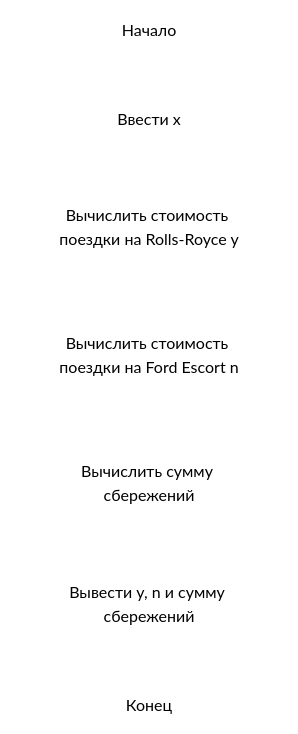
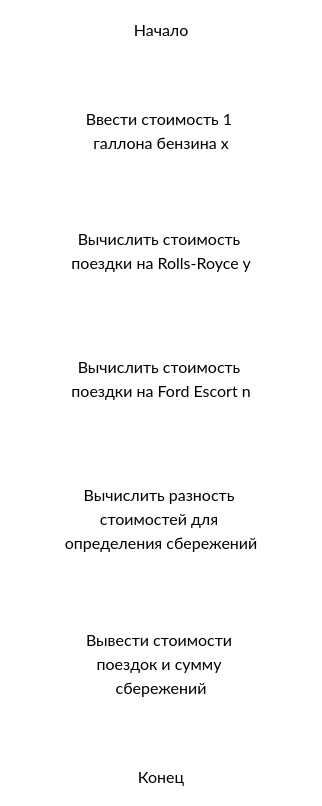
Before and after one commit to Annarioos/Lab2: the diagram in README.md, drawn with Mermaid. The commit also changed other lines of this file, not shown here.

````diff
--- a/README.md
+++ b/README.md
@@ -7,22 +7,22 @@
 ```mermaid
 graph TD
-    %% Шаги алгоритма в виде чистых текстовых действий
-    Start([Начало]) --> Input[/Ввести x/]
+    %% Шаги последовательного алгоритма решения задачи
+    Start([Начало]) --> Input[/Ввести стоимость 1 галлона бензина x/]
     Input --> CalcRR[Вычислить стоимость поездки на Rolls-Royce y]
     CalcRR --> CalcFE[Вычислить стоимость поездки на Ford Escort n]
-    CalcFE --> CalcDiff[Вычислить сумму сбережений]
-    CalcDiff --> Output[/Вывести y, n и сумму сбережений/]
+    CalcFE --> CalcDiff[Вычислить разность стоимостей для определения сбережений]
+    CalcDiff --> Output[/Вывести стоимости поездок и сумму сбережений/]
     Output --> End([Конец])
 
-    %% Стилизация под темную тему GitHub (светлые блоки с черным текстом)
+    %% Стилизация блоков (светлые блоки с черным текстом для темной темы GitHub)
     style Start fill:#ffffff,stroke:#ffffff,stroke-width:2px,color:#000000
     style Input fill:#ffffff,stroke:#ffffff,stroke-width:2px,color:#000000
     style CalcRR fill:#ffffff,stroke:#ffffff,stroke-width:2px,color:#000000
     style CalcFE fill:#ffffff,stroke:#ffffff,stroke-width:2px,color:#000000
     style CalcDiff fill:#ffffff,stroke:#ffffff,stroke-width:2px,color:#000000
     style Output fill:#ffffff,stroke:#ffffff,stroke-width:2px,color:#000000
     style End fill:#ffffff,stroke:#ffffff,stroke-width:2px,color:#000000
 
-    %% Настройка соединительных линий
+    %% Стилизация соединительных стрелок
     linkStyle default stroke:#ffffff,stroke-width:2px;
 ```
````
